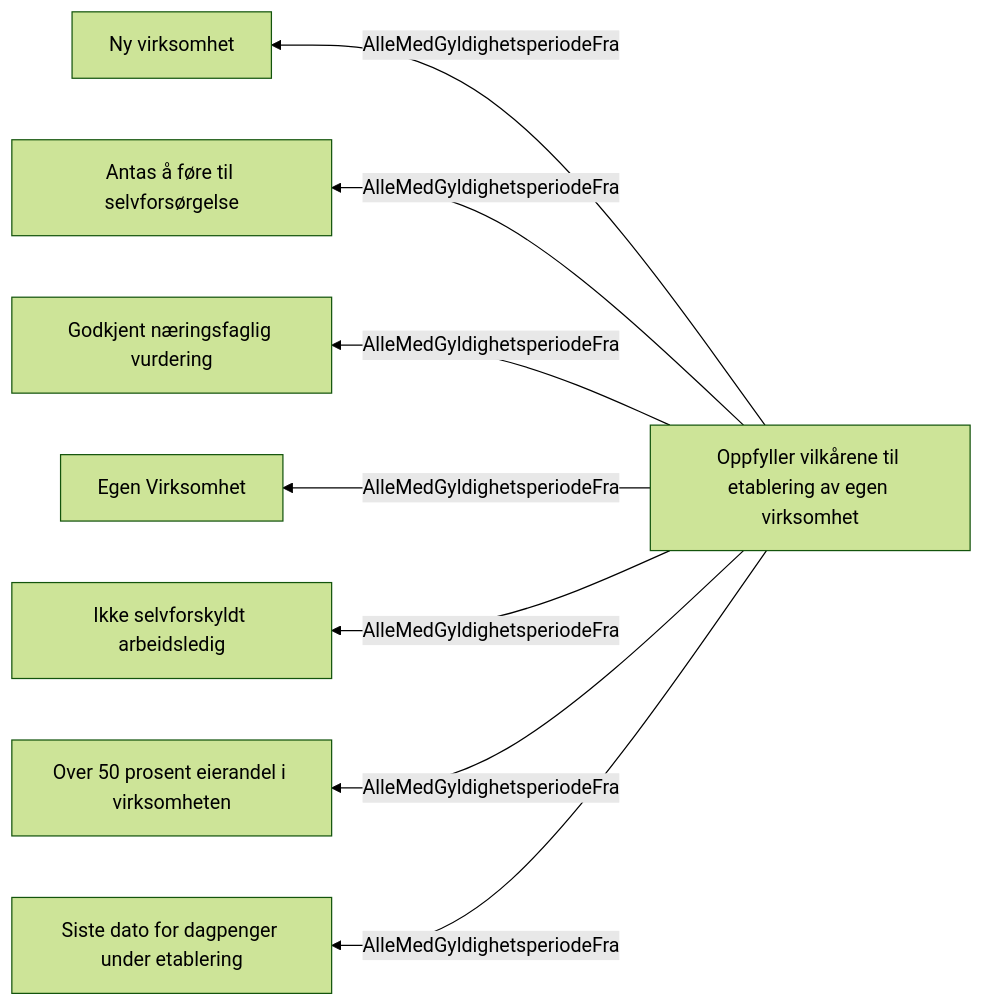
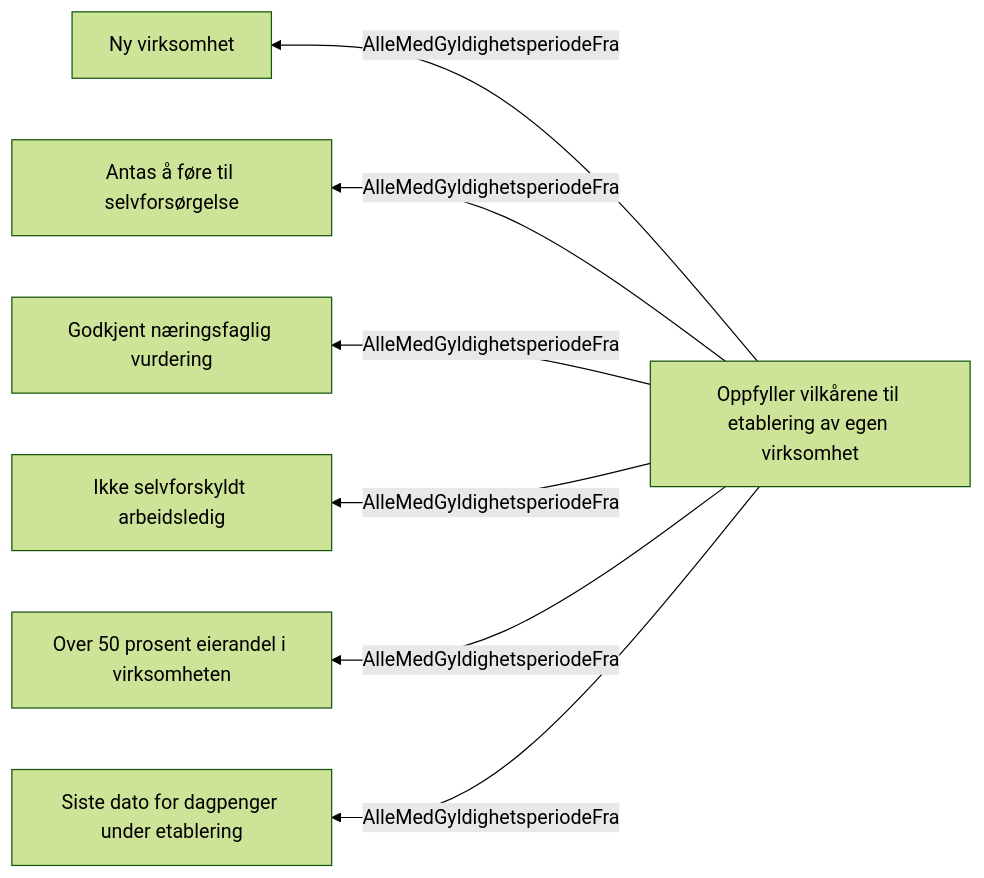
One commit to navikt/dp-behandling changed the diagram in docs/regler/Etablering.approved.md. Above: the diagram before and after it, drawn with Mermaid (forest theme). The commit also changed other lines of this file and 10 other files, not shown here.

Commit message:
Fjernet egen "Egen Virksomhet" opplysning da det dekkes av "Over 50 prosent eierandel i virksomhet"

````diff
--- a/docs/regler/Etablering.approved.md
+++ b/docs/regler/Etablering.approved.md
@@ -5,10 +5,9 @@
 ```mermaid
 graph RL
   A["Oppfyller vilkårene til etablering av egen virksomhet"] -->|"AlleMedGyldighetsperiodeFra"| B["Ny virksomhet"]
   A["Oppfyller vilkårene til etablering av egen virksomhet"] -->|"AlleMedGyldighetsperiodeFra"| C["Antas å føre til selvforsørgelse"]
   A["Oppfyller vilkårene til etablering av egen virksomhet"] -->|"AlleMedGyldighetsperiodeFra"| D["Godkjent næringsfaglig vurdering"]
-  A["Oppfyller vilkårene til etablering av egen virksomhet"] -->|"AlleMedGyldighetsperiodeFra"| E["Egen Virksomhet"]
-  A["Oppfyller vilkårene til etablering av egen virksomhet"] -->|"AlleMedGyldighetsperiodeFra"| F["Ikke selvforskyldt arbeidsledig"]
-  A["Oppfyller vilkårene til etablering av egen virksomhet"] -->|"AlleMedGyldighetsperiodeFra"| G["Over 50 prosent eierandel i virksomheten"]
-  A["Oppfyller vilkårene til etablering av egen virksomhet"] -->|"AlleMedGyldighetsperiodeFra"| H["Siste dato for dagpenger under etablering"]
+  A["Oppfyller vilkårene til etablering av egen virksomhet"] -->|"AlleMedGyldighetsperiodeFra"| E["Ikke selvforskyldt arbeidsledig"]
+  A["Oppfyller vilkårene til etablering av egen virksomhet"] -->|"AlleMedGyldighetsperiodeFra"| F["Over 50 prosent eierandel i virksomheten"]
+  A["Oppfyller vilkårene til etablering av egen virksomhet"] -->|"AlleMedGyldighetsperiodeFra"| G["Siste dato for dagpenger under etablering"]
 ```
````
